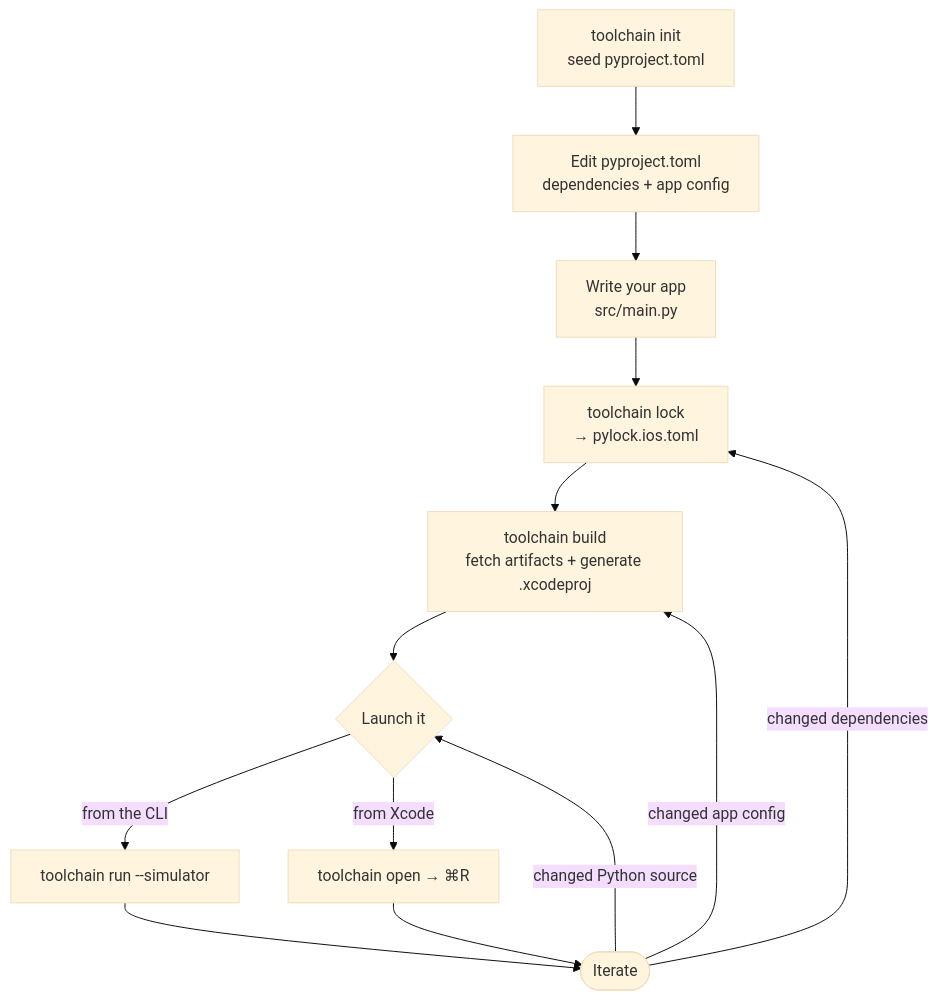
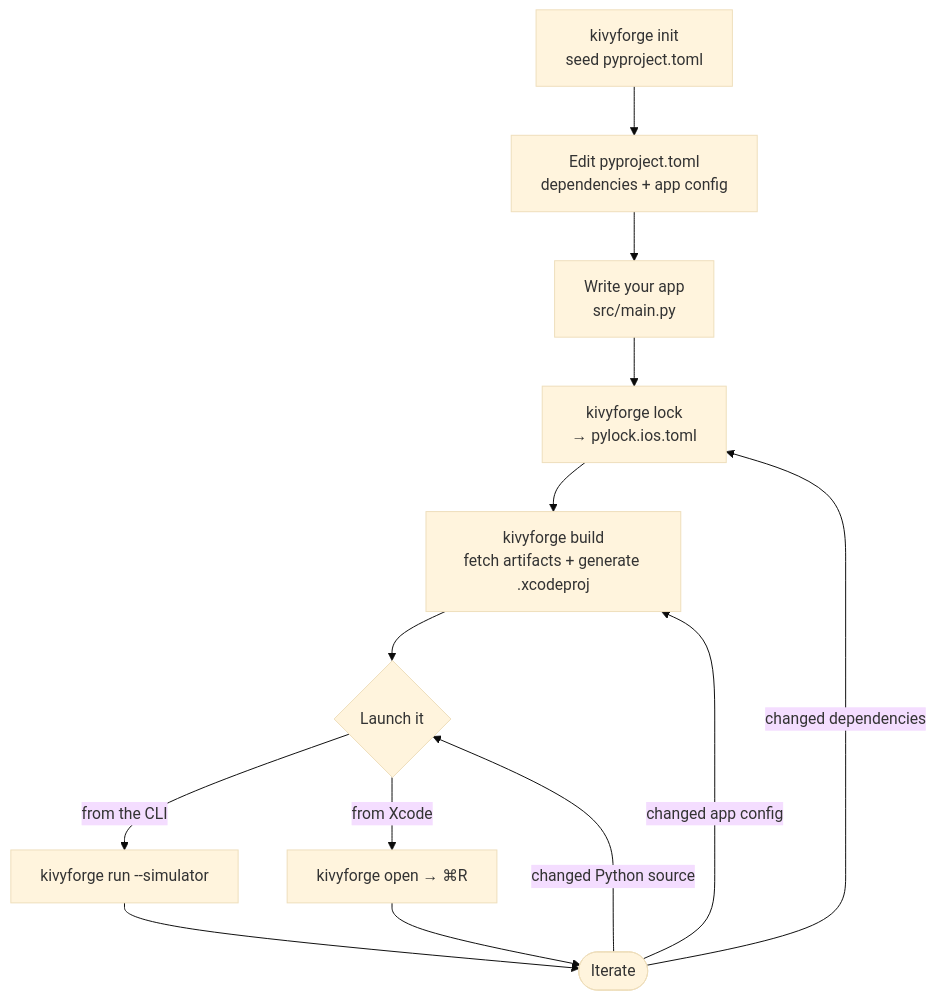
One commit to ElliotGarbus/kivyforge changed the diagram in README.md. Above: the diagram before and after it, drawn with Mermaid (base theme). The commit also changed other lines of this file and 199 other files, not shown here.

First line of the commit message:
refactor: rename kivy_ios package and toolchain CLI to kivyforge (Phase 2)

````diff
--- a/README.md
+++ b/README.md
@@ -205,15 +205,15 @@
 ```mermaid
 flowchart TD
-    A["toolchain init<br/>seed pyproject.toml"] --> B["Edit pyproject.toml<br/>dependencies + app config"]
+    A["kivyforge init<br/>seed pyproject.toml"] --> B["Edit pyproject.toml<br/>dependencies + app config"]
     B --> C["Write your app<br/>src/main.py"]
-    C --> D["toolchain lock<br/>→ pylock.ios.toml"]
-    D --> E["toolchain build<br/>fetch artifacts + generate .xcodeproj"]
+    C --> D["kivyforge lock<br/>→ pylock.ios.toml"]
+    D --> E["kivyforge build<br/>fetch artifacts + generate .xcodeproj"]
     E --> F{"Launch it"}
-    F -->|from the CLI| G["toolchain run --simulator"]
-    F -->|from Xcode| H["toolchain open → ⌘R"]
+    F -->|from the CLI| G["kivyforge run --simulator"]
+    F -->|from Xcode| H["kivyforge open → ⌘R"]
     G --> I(["Iterate"])
     H --> I
     I -->|changed Python source| F
     I -->|changed app config| E
     I -->|changed dependencies| D
 ```
````
